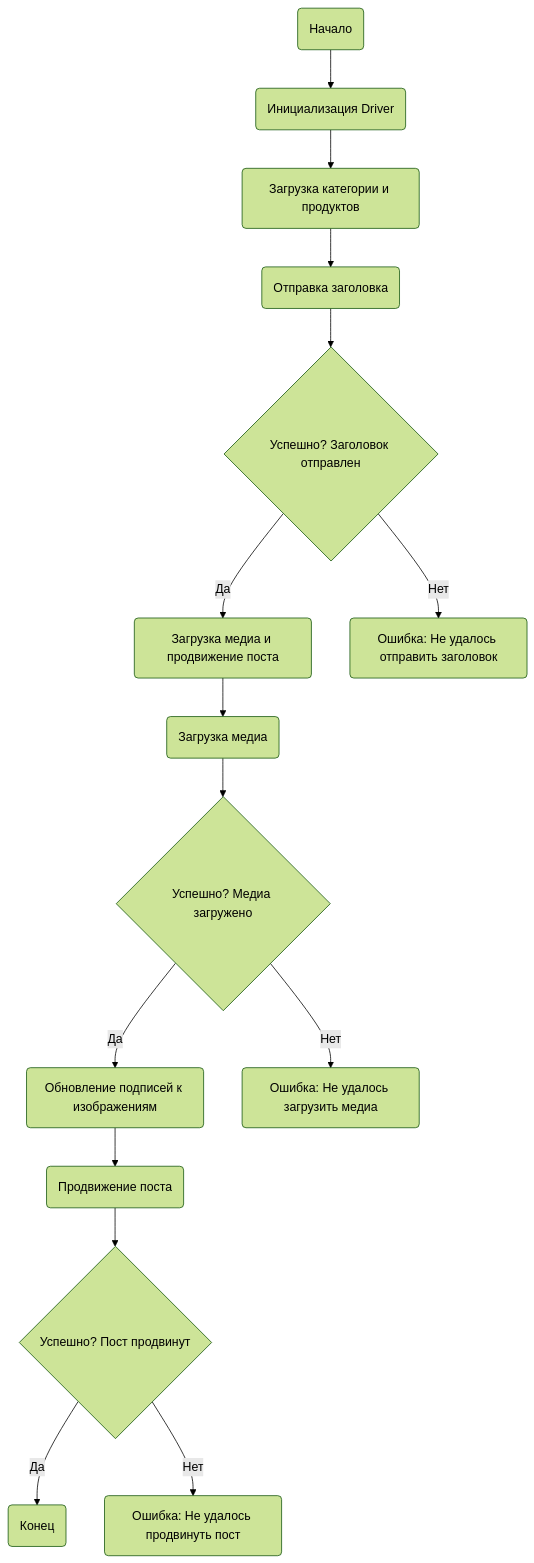
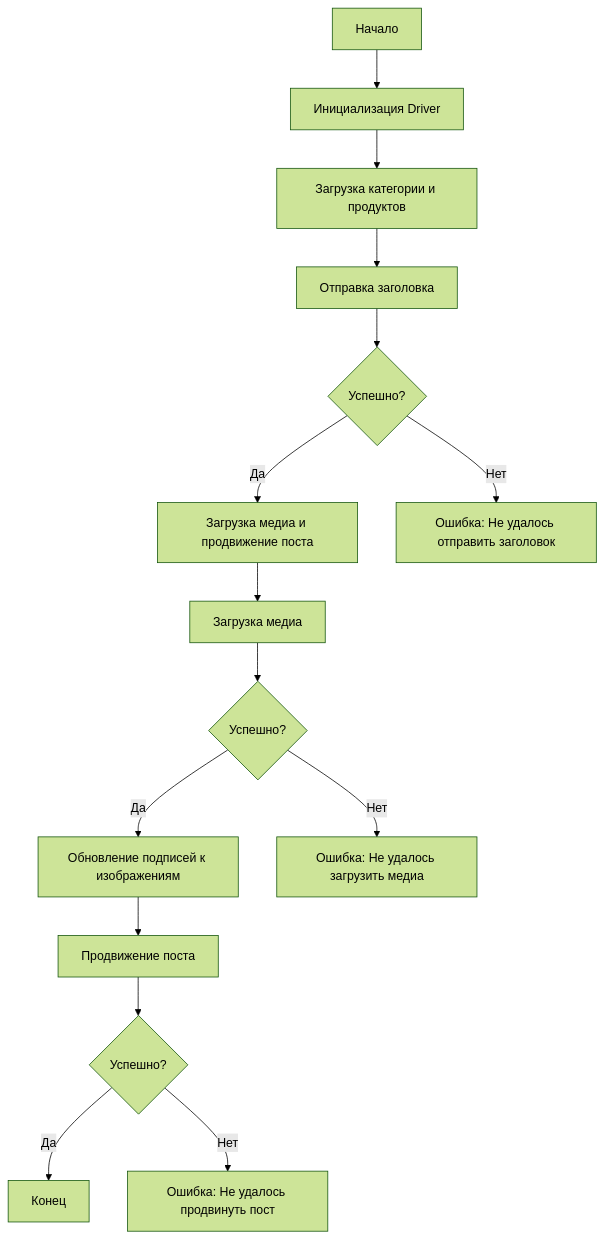
The diagram in docs/gemini/ru/explainer/src/endpoints/advertisement/facebook/scenarios/post_message_async.ru.md.md (hypo69/hypo), drawn with Mermaid (forest theme) before and after one commit. The commit also changed other lines of this file and 6031 other files, not shown here.

````diff
--- a/docs/gemini/ru/explainer/src/endpoints/advertisement/facebook/scenarios/post_message_async.ru.md.md
+++ b/docs/gemini/ru/explainer/src/endpoints/advertisement/facebook/scenarios/post_message_async.ru.md.md
@@ -55,17 +57,17 @@
 ```mermaid
 graph TD
-    Start(Начало) --> InitDriver(Инициализация Driver)
-    InitDriver --> LoadCategoryAndProducts(Загрузка категории и продуктов)
-    LoadCategoryAndProducts --> SendTitle(Отправка заголовка)
-    SendTitle --> CheckTitleSuccess{Успешно? Заголовок отправлен}
-    CheckTitleSuccess -- Да --> UploadMediaAndPromotePost(Загрузка медиа и продвижение поста)
-    CheckTitleSuccess -- Нет --> TitleError(Ошибка: Не удалось отправить заголовок)
-    UploadMediaAndPromotePost --> UploadMedia(Загрузка медиа)
-    UploadMedia --> CheckMediaSuccess{Успешно? Медиа загружено}
-    CheckMediaSuccess -- Да --> UpdateCaptions(Обновление подписей к изображениям)
-    CheckMediaSuccess -- Нет --> MediaError(Ошибка: Не удалось загрузить медиа)
-    UpdateCaptions --> PromotePost(Продвижение поста)
-    PromotePost --> CheckPromoteSuccess{Успешно? Пост продвинут}
-    CheckPromoteSuccess -- Да --> End(Конец)
-    CheckPromoteSuccess -- Нет --> PromoteError(Ошибка: Не удалось продвинуть пост)
+    Start[Начало] --> InitDriver[Инициализация Driver]
+    InitDriver --> LoadCategoryAndProducts[Загрузка категории и продуктов]
+    LoadCategoryAndProducts --> SendTitle[Отправка заголовка]
+    SendTitle --> CheckTitleSuccess{Успешно?}
+    CheckTitleSuccess -->|Да| UploadMediaAndPromotePost[Загрузка медиа и продвижение поста]
+    CheckTitleSuccess -->|Нет| TitleError[Ошибка: Не удалось отправить заголовок]
+    UploadMediaAndPromotePost --> UploadMedia[Загрузка медиа]
+    UploadMedia --> CheckMediaSuccess{Успешно?}
+    CheckMediaSuccess -->|Да| UpdateCaptions[Обновление подписей к изображениям]
+    CheckMediaSuccess -->|Нет| MediaError[Ошибка: Не удалось загрузить медиа]
+    UpdateCaptions --> PromotePost[Продвижение поста]
+    PromotePost --> CheckPromoteSuccess{Успешно?}
+    CheckPromoteSuccess -->|Да| End[Конец]
+    CheckPromoteSuccess -->|Нет| PromoteError[Ошибка: Не удалось продвинуть пост]
 ```
````
